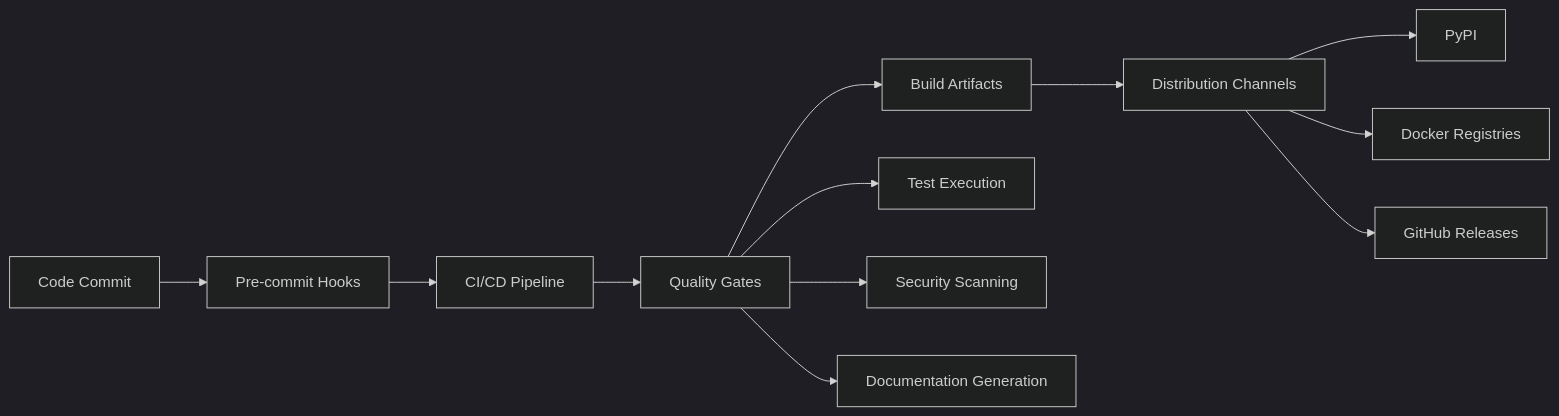
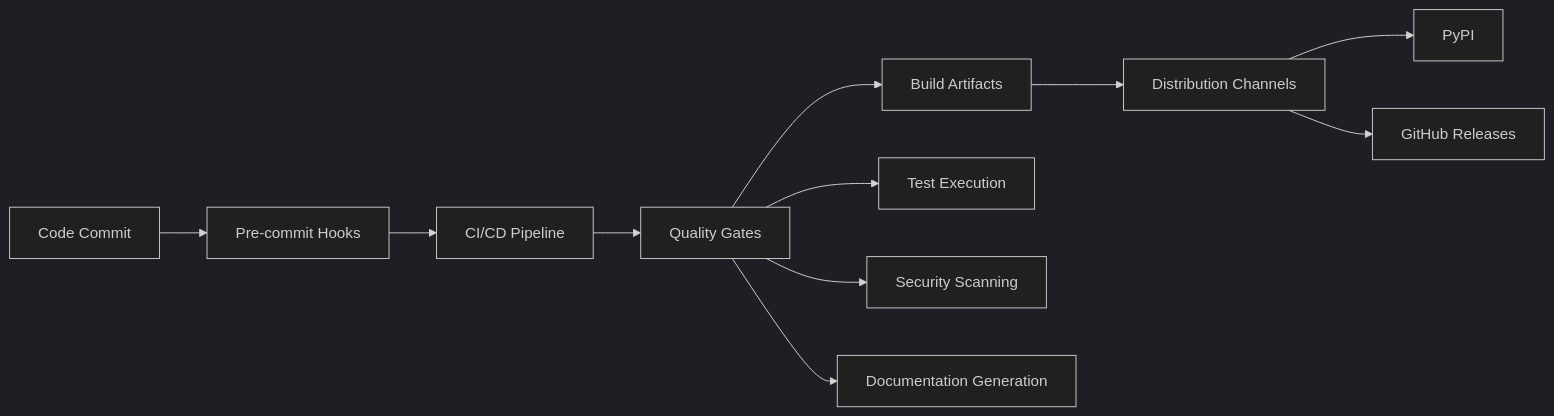
One commit to aignostics/python-sdk changed the diagram in specifications/SPEC-BUILD-CHAIN-CICD-SERVICE.md. Above: the diagram before and after it, drawn with Mermaid (dark theme). The commit also changed other lines of this file, not shown here.

Commit message:
docs(spec): remove Docker from build chain SPEC

````diff
--- a/specifications/SPEC-BUILD-CHAIN-CICD-SERVICE.md
+++ b/specifications/SPEC-BUILD-CHAIN-CICD-SERVICE.md
@@ -173,16 +165,15 @@
 ```mermaid
 graph LR
     A[Code Commit] --> B[Pre-commit Hooks]
     B --> C[CI/CD Pipeline]
     C --> D[Quality Gates]
     D --> E[Build Artifacts]
     E --> F[Distribution Channels]
 
     D --> G[Test Execution]
     D --> H[Security Scanning]
     D --> I[Documentation Generation]
 
     F --> J[PyPI]
-    F --> K[Docker Registries]
     F --> L[GitHub Releases]
 ```
````
